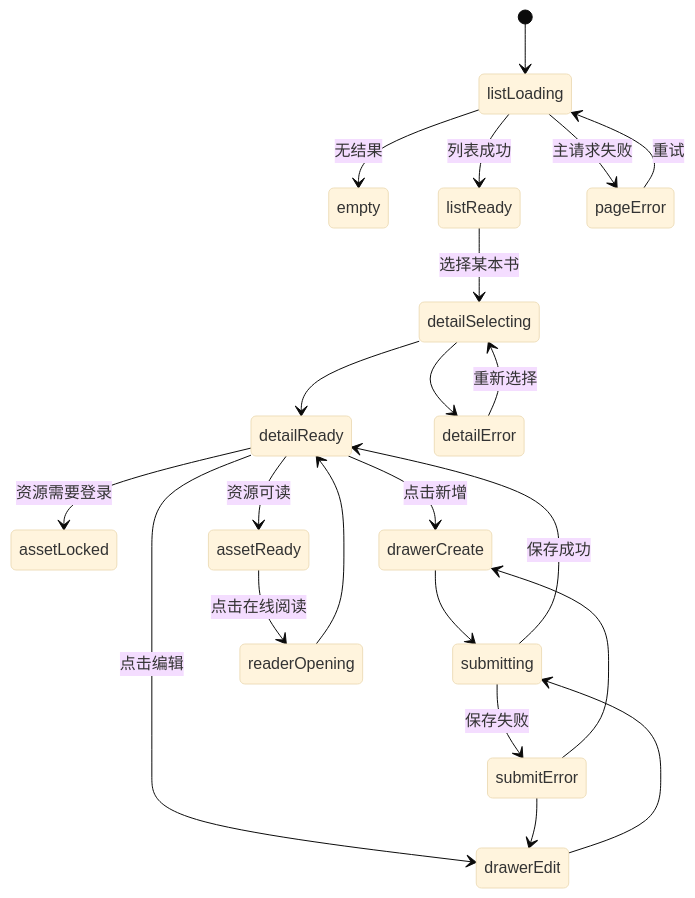
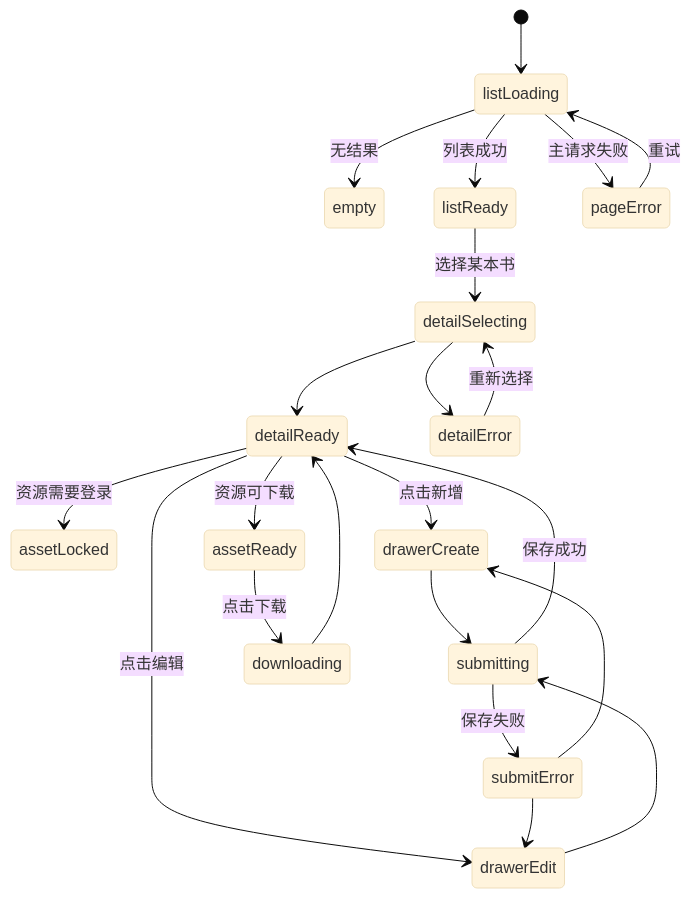
One commit to Albertlearnpython/RememberMyself changed the second of 2 diagrams in docs/implementation/modules/books-module-spec.zh-CN.md. Above: the diagram before and after it, drawn with Mermaid (base theme). The commit also changed other lines of this file and 25 other files, not shown here.

````diff
--- a/docs/implementation/modules/books-module-spec.zh-CN.md
+++ b/docs/implementation/modules/books-module-spec.zh-CN.md
@@ -178,29 +173,29 @@
 ```mermaid
 stateDiagram-v2
     [*] --> listLoading
     listLoading --> empty: 无结果
     listLoading --> listReady: 列表成功
     listLoading --> pageError: 主请求失败
 
     listReady --> detailSelecting: 选择某本书
     detailSelecting --> detailReady
     detailSelecting --> detailError
 
     detailReady --> assetLocked: 资源需要登录
-    detailReady --> assetReady: 资源可读
+    detailReady --> assetReady: 资源可下载
     detailReady --> drawerCreate: 点击新增
     detailReady --> drawerEdit: 点击编辑
 
     drawerCreate --> submitting
     drawerEdit --> submitting
     submitting --> detailReady: 保存成功
     submitting --> submitError: 保存失败
     submitError --> drawerCreate
     submitError --> drawerEdit
 
-    assetReady --> readerOpening: 点击在线阅读
-    readerOpening --> detailReady
+    assetReady --> downloading: 点击下载
+    downloading --> detailReady
 
     pageError --> listLoading: 重试
     detailError --> detailSelecting: 重新选择
 ```
````
